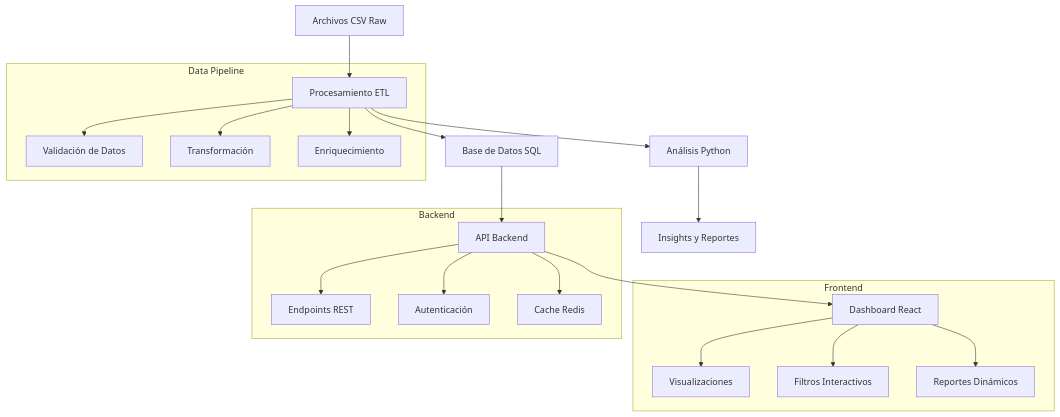
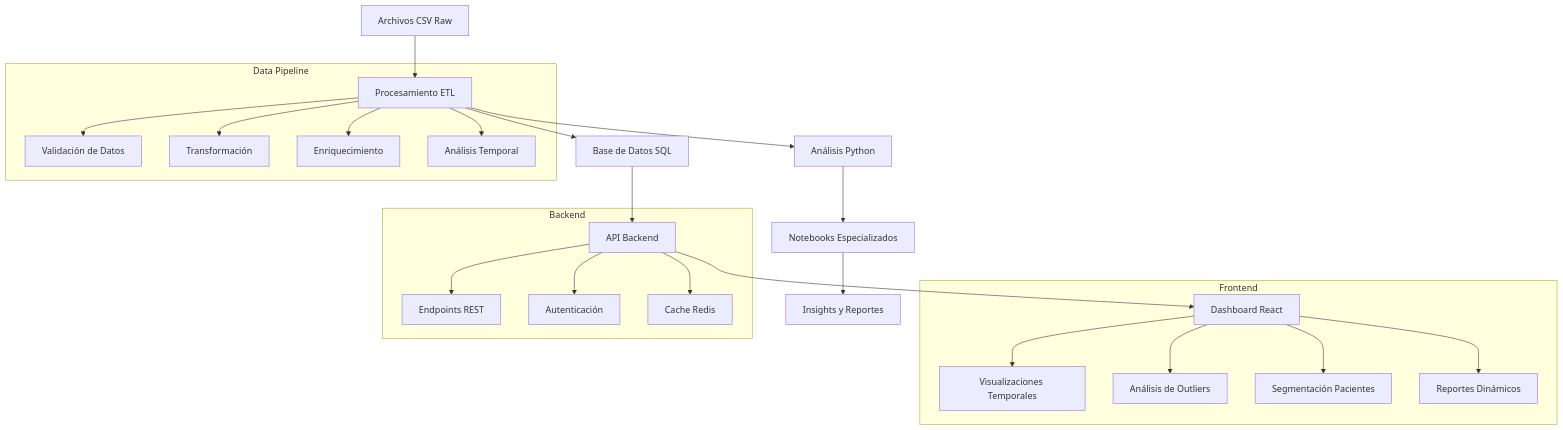
Before and after one commit to UCDS-INER/economia_salud: the diagram in README.md, drawn with Mermaid. The commit also changed other lines of this file and 10 other files, not shown here.

First line of the commit message:
feat: Desarrollo completo de notebooks analíticos especializados y documentación

````diff
--- a/README.md
+++ b/README.md
@@ -35,28 +50,31 @@
 ```mermaid
 graph TB
     A[Archivos CSV Raw] --> B[Procesamiento ETL]
     B --> C[Base de Datos SQL]
     C --> D[API Backend]
     D --> E[Dashboard React]
     
     B --> F[Análisis Python]
-    F --> G[Insights y Reportes]
+    F --> G[Notebooks Especializados]
+    G --> H[Insights y Reportes]
     
     subgraph "Frontend"
-        E --> H[Visualizaciones]
-        E --> I[Filtros Interactivos]
-        E --> J[Reportes Dinámicos]
+        E --> I[Visualizaciones Temporales]
+        E --> J[Análisis de Outliers]
+        E --> K[Segmentación Pacientes]
+        E --> L[Reportes Dinámicos]
     end
     
     subgraph "Backend"
-        D --> K[Endpoints REST]
-        D --> L[Autenticación]
-        D --> M[Cache Redis]
+        D --> M[Endpoints REST]
+        D --> N[Autenticación]
+        D --> O[Cache Redis]
     end
     
     subgraph "Data Pipeline"
-        B --> N[Validación de Datos]
-        B --> O[Transformación]
-        B --> P[Enriquecimiento]
+        B --> P[Validación de Datos]
+        B --> Q[Transformación]
+        B --> R[Enriquecimiento]
+        B --> S[Análisis Temporal]
     end
 ```
````
